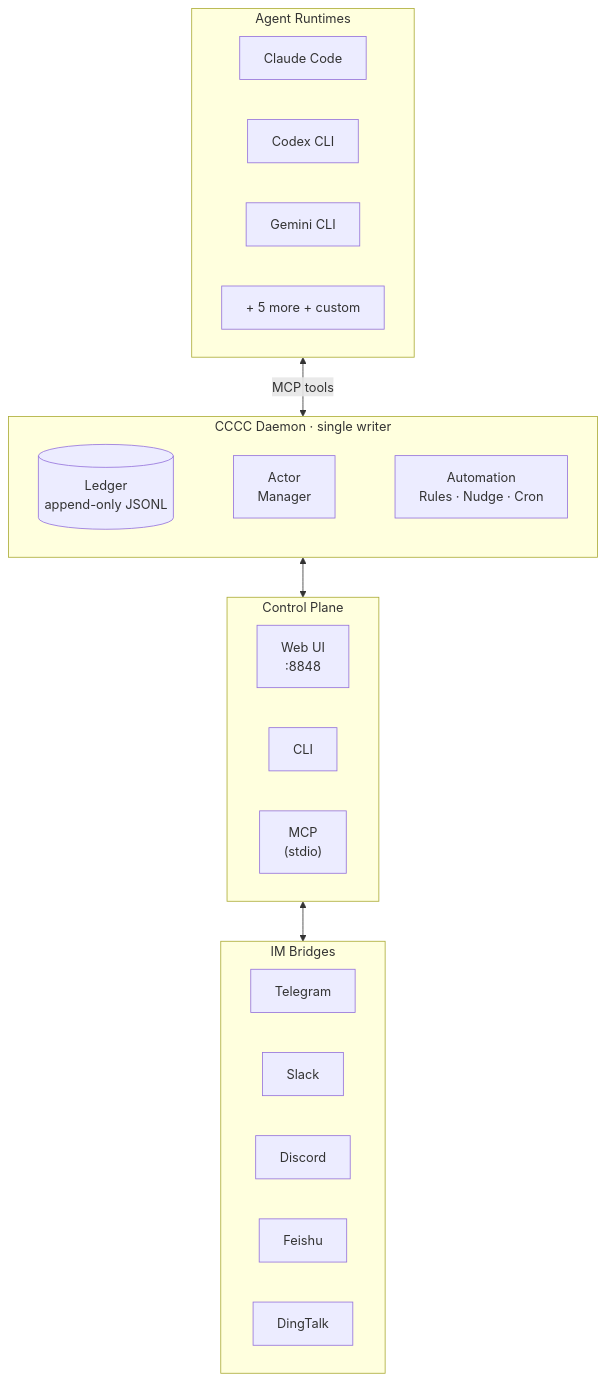
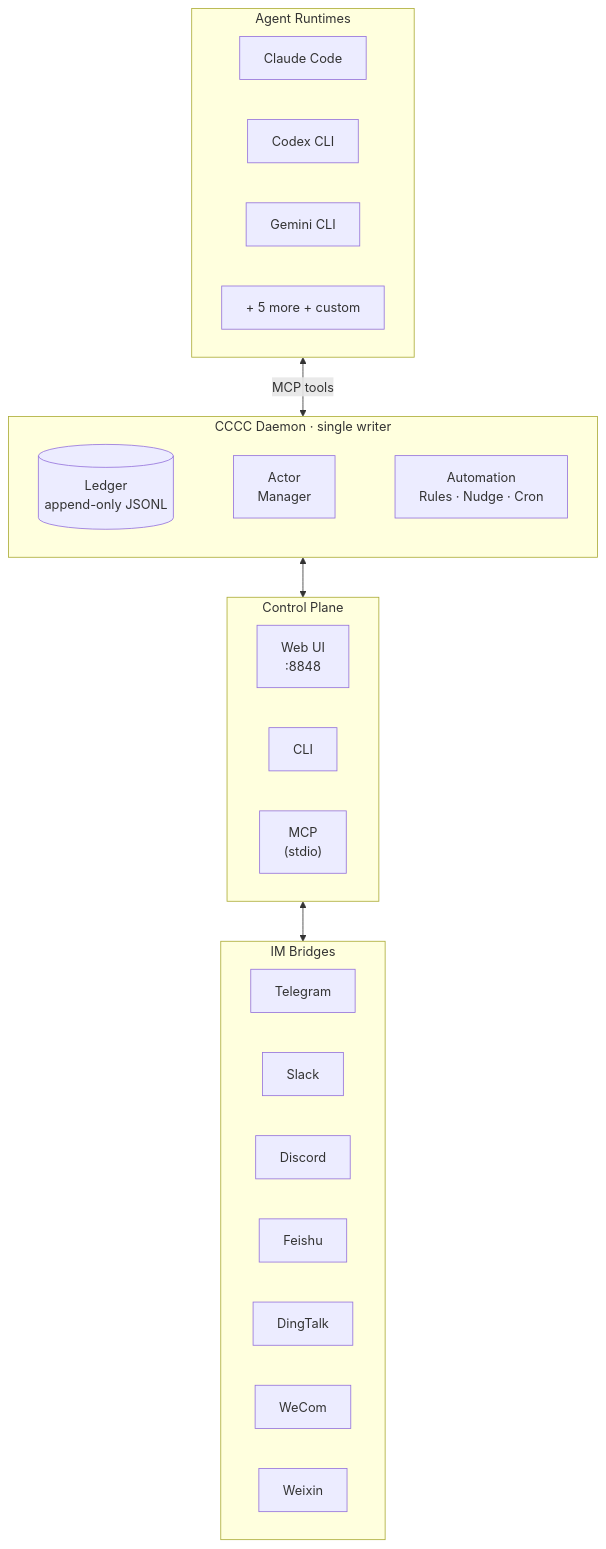
Before and after one commit to zixuniaowu/cccc: the diagram in README.md, drawn with Mermaid. The commit also changed other lines of this file and 2 other files, not shown here.

````diff
--- a/README.md
+++ b/README.md
@@ -130,39 +130,41 @@
 ```mermaid
 graph TB
     subgraph Agents["Agent Runtimes"]
         direction LR
         A1["Claude Code"]
         A2["Codex CLI"]
         A3["Gemini CLI"]
         A4["+ 5 more + custom"]
     end
 
     subgraph Daemon["CCCC Daemon · single writer"]
         direction LR
         Ledger[("Ledger<br/>append-only JSONL")]
         ActorMgr["Actor<br/>Manager"]
         Auto["Automation<br/>Rules · Nudge · Cron"]
         Ledger ~~~ ActorMgr ~~~ Auto
     end
 
     subgraph Ports["Control Plane"]
         direction LR
         Web["Web UI<br/>:8848"]
         CLI["CLI"]
         MCP["MCP<br/>(stdio)"]
     end
 
     subgraph IM["IM Bridges"]
         direction LR
         TG["Telegram"]
         SL["Slack"]
         DC["Discord"]
         FS["Feishu"]
         DT["DingTalk"]
+        WC["WeCom"]
+        WX["Weixin"]
     end
 
     Agents <-->|MCP tools| Daemon
     Daemon <--> Ports
     Web <--> IM
 
 ```
````
